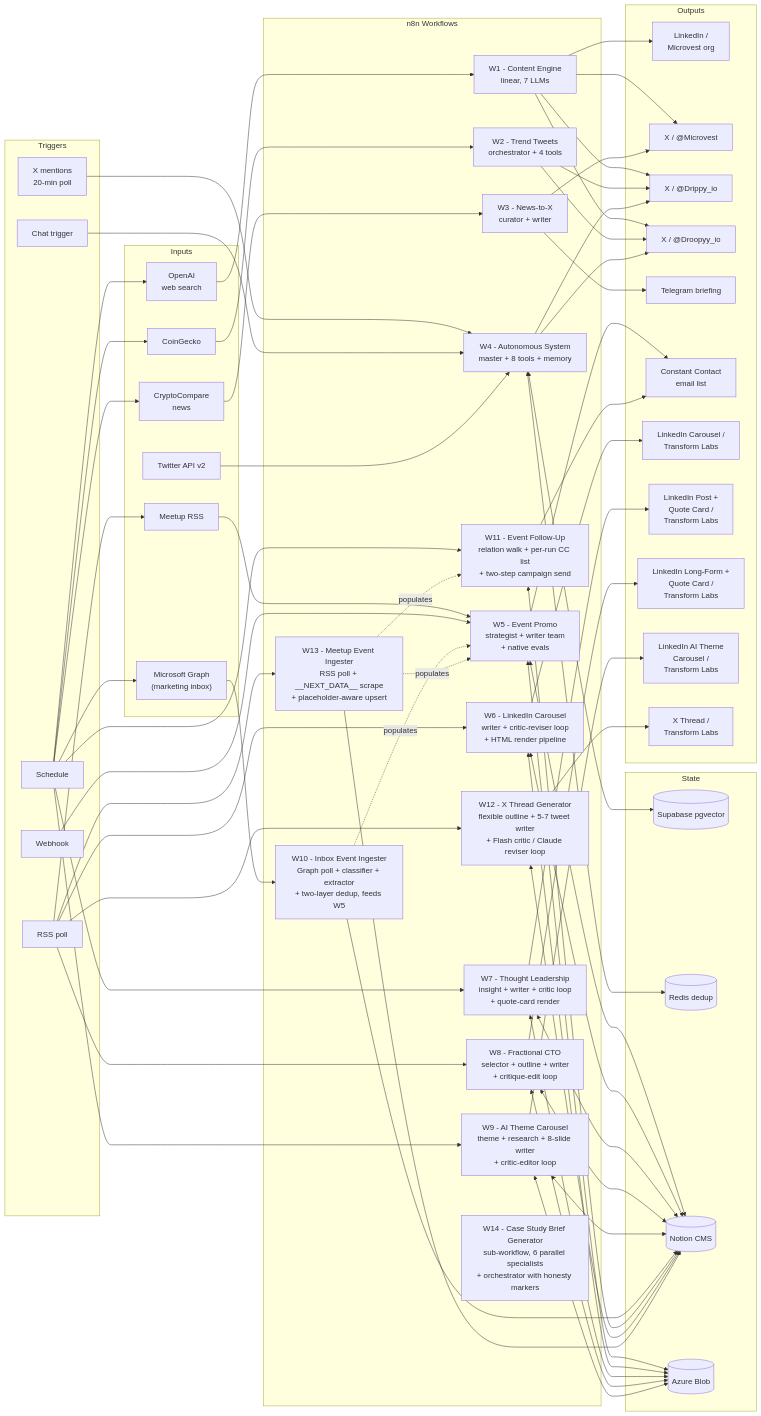
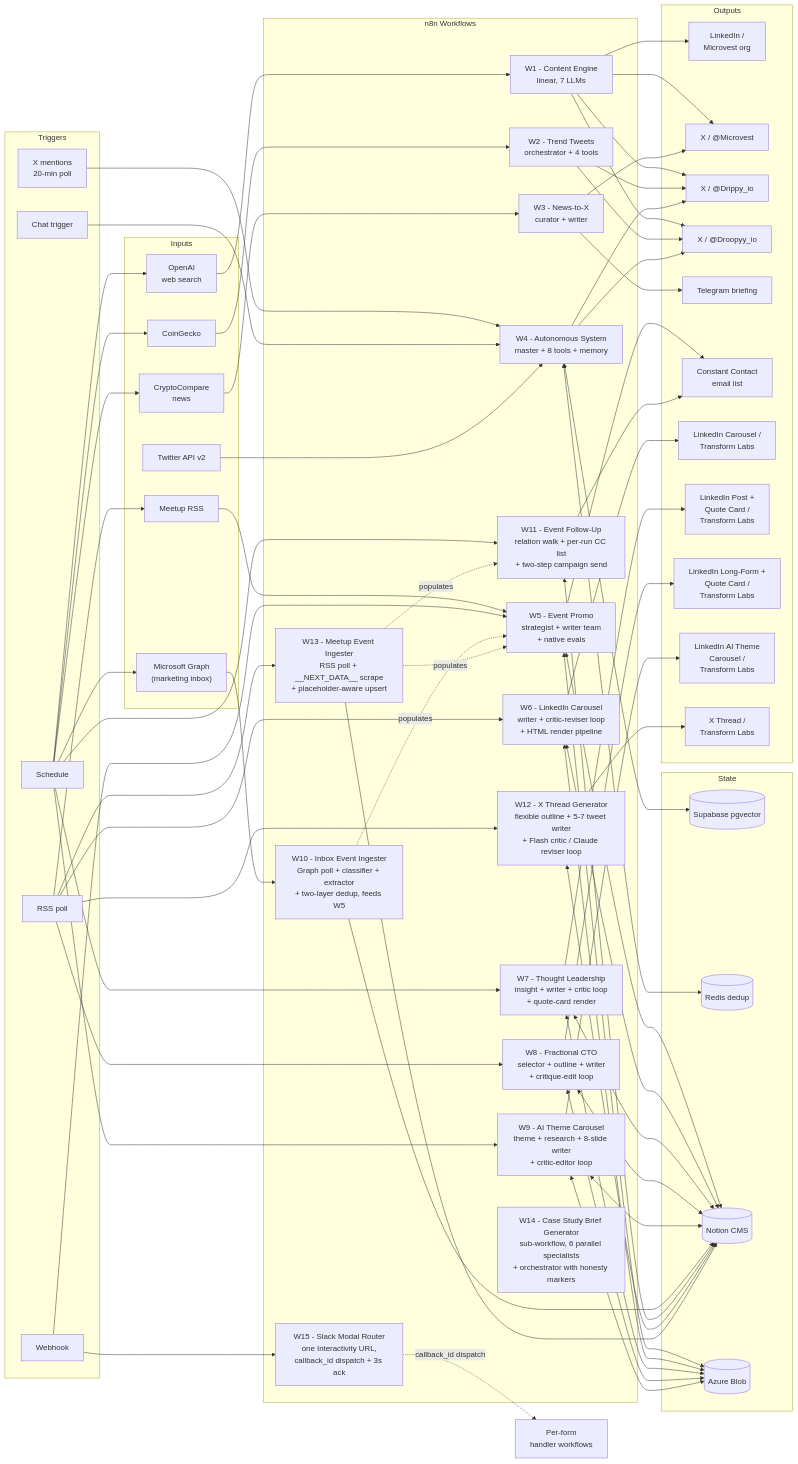
One commit to Talonsturgill/Automations changed the diagram in README.md. Above: the diagram before and after it, drawn with Mermaid. The commit also changed other lines of this file and 2 other files, not shown here.

First line of the commit message:
Document W15 — Slack Modal Router (#13)

````diff
--- a/README.md
+++ b/README.md
@@ -104,6 +108,7 @@
         W12["W12 - X Thread Generator<br/>flexible outline + 5-7 tweet writer<br/>+ Flash critic / Claude reviser loop"]
         W13["W13 - Meetup Event Ingester<br/>RSS poll + __NEXT_DATA__ scrape<br/>+ placeholder-aware upsert"]
         W14["W14 - Case Study Brief Generator<br/>sub-workflow, 6 parallel specialists<br/>+ orchestrator with honesty markers"]
+        W15["W15 - Slack Modal Router<br/>one Interactivity URL,<br/>callback_id dispatch + 3s ack"]
     end
 
     subgraph memory["State"]
@@ -184,4 +189,6 @@
     W13 --> NOT
     W13 -. populates .-> W5
     W13 -. populates .-> W11
+    WH --> W15
+    W15 -. callback_id dispatch .-> HANDLERS["Per-form<br/>handler workflows"]:::core
 ```
````
